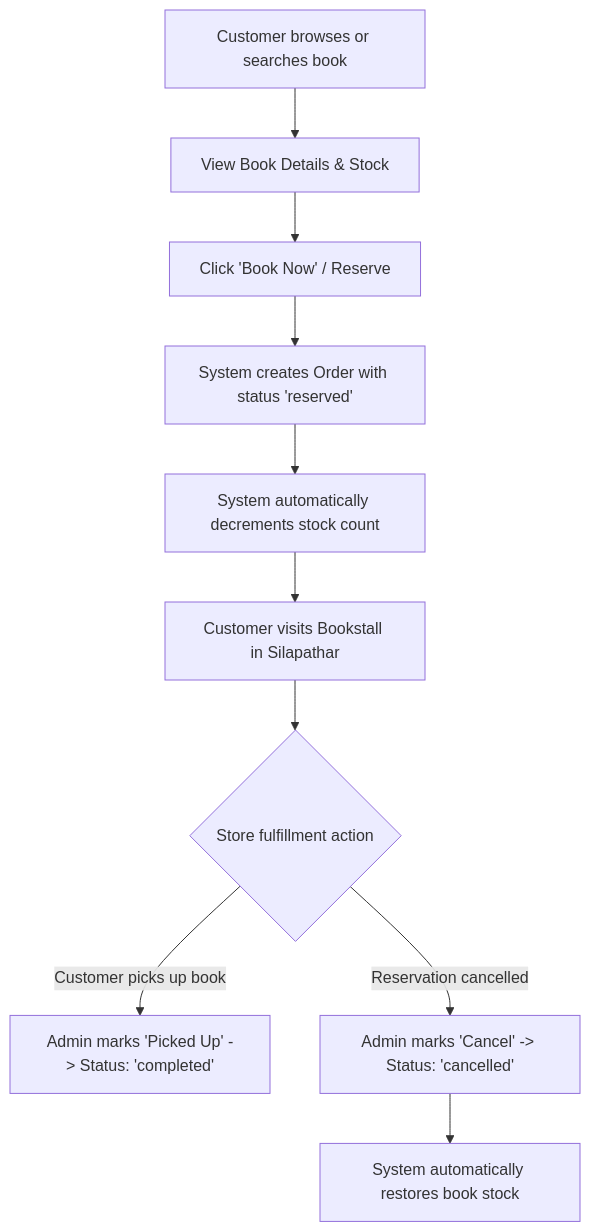
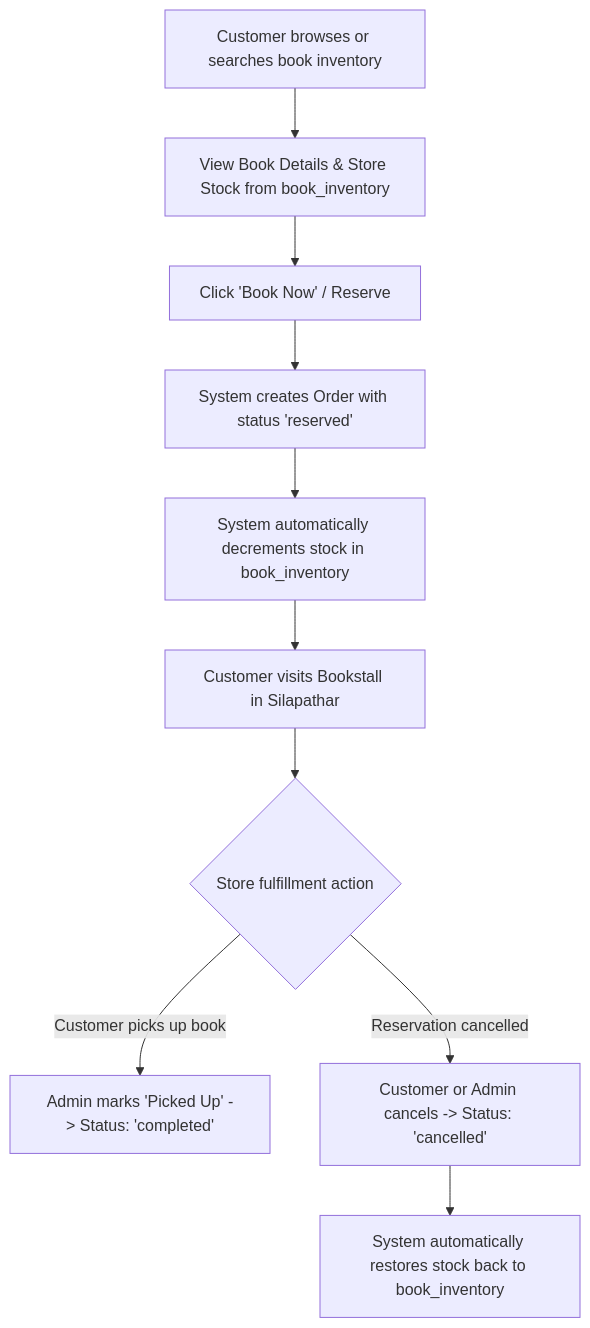
One commit to KARANDZ/BookStack-Silapathar changed the diagram in README.md. Above: the diagram before and after it, drawn with Mermaid. The commit also changed other lines of this file and 15 other files, not shown here.

Commit message:
feature: improve UI and restore inventory architecture

````diff
--- a/README.md
+++ b/README.md
@@ -286,12 +334,12 @@
 ```mermaid
 graph TD;
-    A[Customer browses or searches book] --> B[View Book Details & Stock];
+    A[Customer browses or searches book inventory] --> B[View Book Details & Store Stock from book_inventory];
     B --> C[Click 'Book Now' / Reserve];
     C --> D[System creates Order with status 'reserved'];
-    D --> E[System automatically decrements stock count];
+    D --> E[System automatically decrements stock in book_inventory];
     E --> F[Customer visits Bookstall in Silapathar];
     F --> G{Store fulfillment action};
     G -->|Customer picks up book| H[Admin marks 'Picked Up' -> Status: 'completed'];
-    G -->|Reservation cancelled| I[Admin marks 'Cancel' -> Status: 'cancelled'];
-    I --> J[System automatically restores book stock];
+    G -->|Reservation cancelled| I[Customer or Admin cancels -> Status: 'cancelled'];
+    I --> J[System automatically restores stock back to book_inventory];
 ```
````
